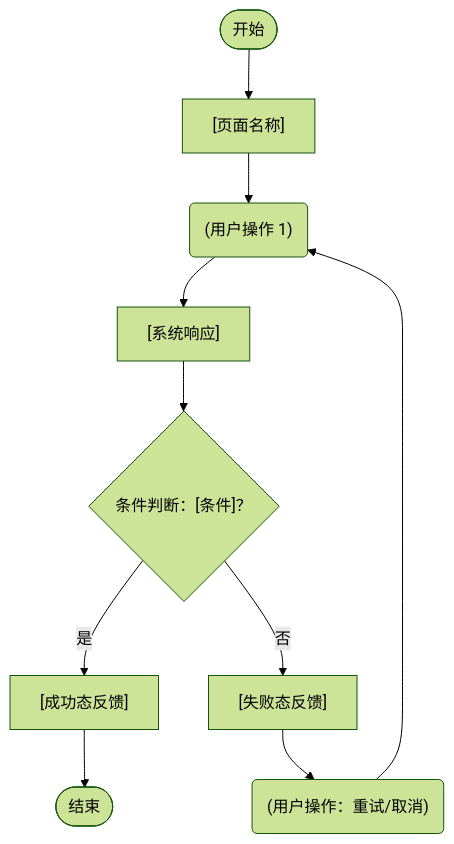
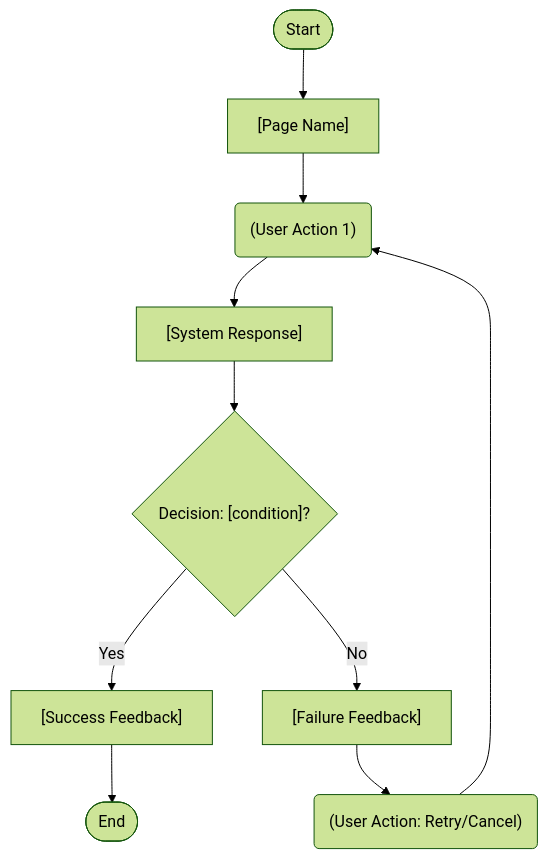
The diagram in templates/spec-template.md (bigsmartben/bb-spec-kit), drawn with Mermaid (forest theme) before and after one commit. The commit also changed other lines of this file, not shown here.

````diff
--- a/templates/spec-template.md
+++ b/templates/spec-template.md
@@ -258,14 +258,14 @@
 ```mermaid
 graph TD
-    Start([开始]) --> A["[页面名称]"]
-    A --> B("(用户操作 1)")
-    B --> C["[系统响应]"]
-    C --> D{"条件判断：[条件]？"}
+    Start([Start]) --> A["[Page Name]"]
+    A --> B("(User Action 1)")
+    B --> C["[System Response]"]
+    C --> D{"Decision: [condition]?"}
 
-    D -- 是 --> E["[成功态反馈]"]
-    E --> End([结束])
+    D -- Yes --> E["[Success Feedback]"]
+    E --> End([End])
 
-    D -- 否 --> F["[失败态反馈]"]
-    F --> G("(用户操作：重试/取消)")
+    D -- No --> F["[Failure Feedback]"]
+    F --> G("(User Action: Retry/Cancel)")
     G --> B
 ```
````
